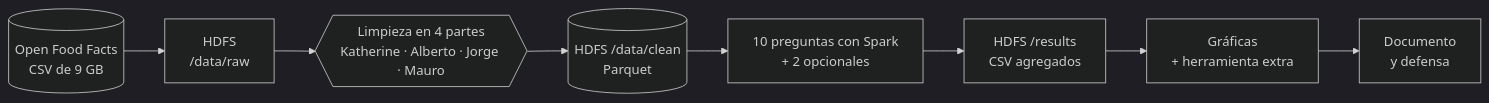
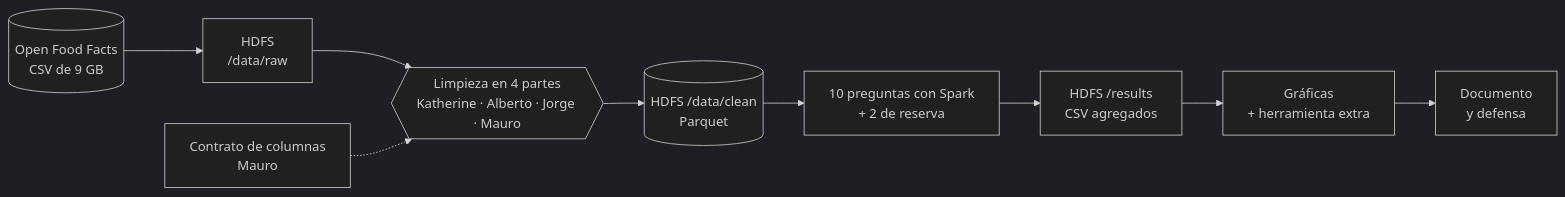
Before and after one commit to albertxestrada/BigData-OpenFoodFacts: the second of 7 diagrams in issues.md, drawn with Mermaid (dark theme). The commit also changed other lines of this file, not shown here.

First line of the commit message:
Replanificar por semanas, añadir M1, reuniones del martes y diagramas de dependencias

````diff
--- a/issues.md
+++ b/issues.md
@@ -60,10 +73,11 @@
 ```mermaid
 flowchart LR
     OFF[("Open Food Facts<br/>CSV de 9 GB")] --> RAW["HDFS<br/>/data/raw"]
     RAW --> LIMP{{"Limpieza en 4 partes<br/>Katherine · Alberto · Jorge · Mauro"}}
+    CON["Contrato de columnas<br/>Mauro"] -.-> LIMP
     LIMP --> PQ[("HDFS /data/clean<br/>Parquet")]
-    PQ --> Q["10 preguntas con Spark<br/>+ 2 opcionales"]
+    PQ --> Q["10 preguntas con Spark<br/>+ 2 de reserva"]
     Q --> RES["HDFS /results<br/>CSV agregados"]
     RES --> GR["Gráficas<br/>+ herramienta extra"]
     GR --> DOC["Documento<br/>y defensa"]
 ```
````
